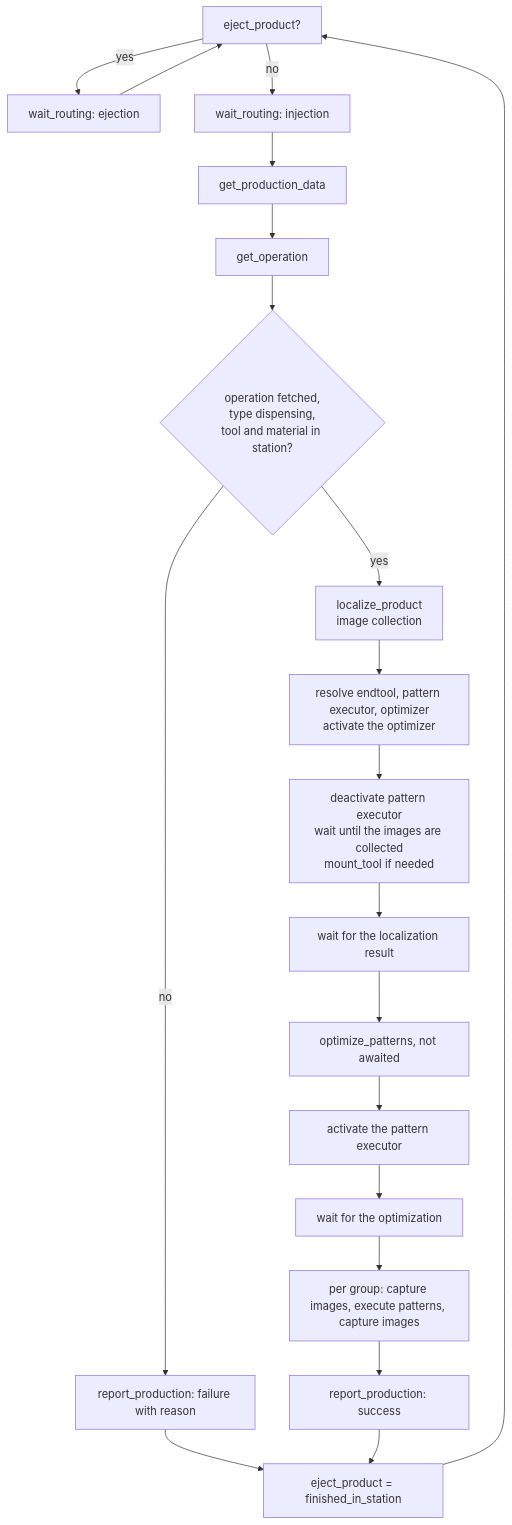
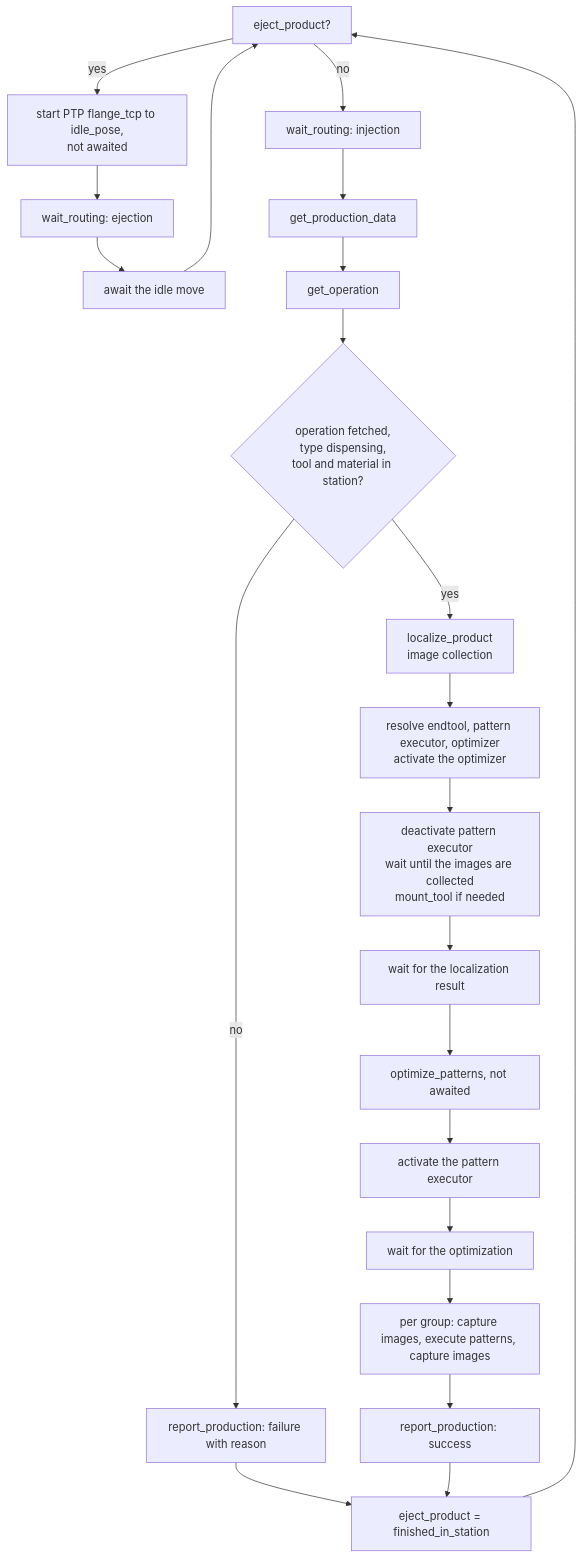
The diagram in src/manufacturing_executor/README.md (rongardF/autofactory), drawn with Mermaid before and after one commit. The commit also changed other lines of this file and 81 other files, not shown here.

````diff
--- a/src/manufacturing_executor/README.md
+++ b/src/manufacturing_executor/README.md
@@ -35,20 +35,20 @@
 ```mermaid
 flowchart TD
-    A[eject_product?] -- yes --> B[wait_routing: ejection] --> A
+    A[eject_product?] -- yes --> P[start PTP flange_tcp to idle_pose,<br/>not awaited] --> B[wait_routing: ejection] --> W[await the idle move] --> A
     A -- no --> C[wait_routing: injection]
     C --> D[get_production_data]
     D --> E[get_operation]
     E --> F{operation fetched,<br/>type dispensing,<br/>tool and material in station?}
     F -- no --> R1[report_production: failure with reason]
     R1 --> X[eject_product = finished_in_station] --> A
     F -- yes --> G[localize_product<br/>image collection]
     G --> H[resolve endtool, pattern executor, optimizer<br/>activate the optimizer]
     H --> I[deactivate pattern executor<br/>wait until the images are collected<br/>mount_tool if needed]
     I --> J[wait for the localization result]
     J --> K[optimize_patterns, not awaited]
     K --> L[activate the pattern executor]
     L --> M[wait for the optimization]
     M --> N[per group: capture images, execute patterns, capture images]
     N --> R2[report_production: success]
     R2 --> X
 ```
````
